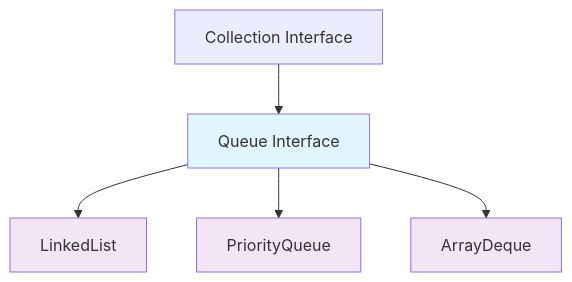
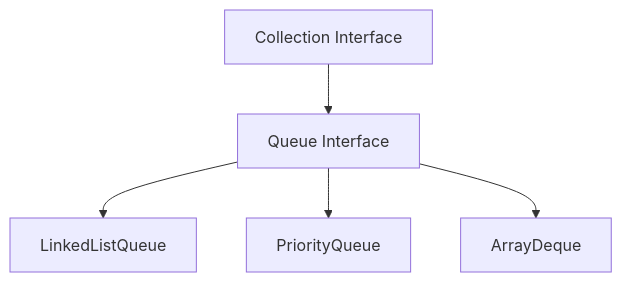
Before and after one commit to prasanvb/Java: the first of 2 diagrams in readme/course5/queue.md, drawn with Mermaid. The commit also changed other lines of this file and 1 other file, not shown here.

Commit message:
added linkedlist queue and priority queue

````diff
--- a/readme/course5/queue.md
+++ b/readme/course5/queue.md
@@ -15,12 +17,7 @@
 ```mermaid
 graph TD
     A[Collection Interface] --> B[Queue Interface]
-    B --> C[LinkedList]
+    B --> C[LinkedListQueue]
     B --> D[PriorityQueue]
     B --> E[ArrayDeque]
-    
-    style B fill:#e1f5fe
-    style C fill:#f3e5f5
-    style D fill:#f3e5f5
-    style E fill:#f3e5f5
 ```
````
